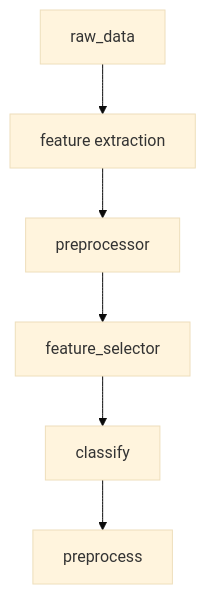
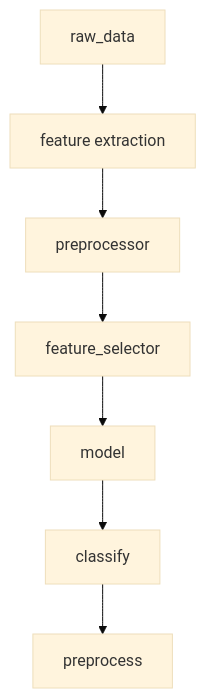
Before and after one commit to simplymathematics/as_activity_recognition: the diagram in README.md, drawn with Mermaid (base theme).

````diff
--- a/README.md
+++ b/README.md
@@ -9,10 +9,11 @@
 ```mermaid
 flowchart TD
 	node1["raw_data"]
 	node2["feature extraction"]
 	node3["preprocessor"]
 	node4["feature_selector"]
-	node5["classify"]
-	node6["preprocess"]
-	node1-->node2-->node3-->node4-->node5-->node6
+	node5["model"]
+	node6["classify"]
+	node7["preprocess"]
+	node1-->node2-->node3-->node4-->node5-->node6-->node7
 ```
````
